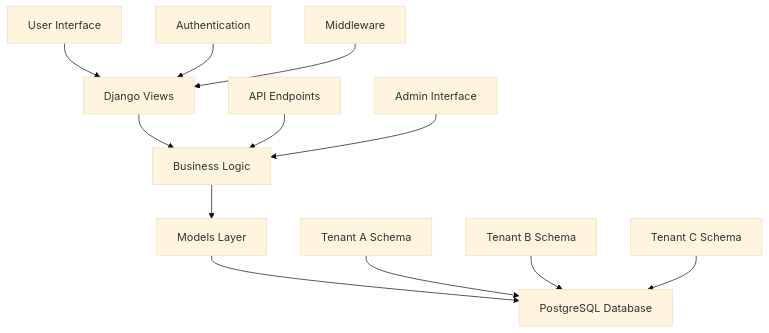
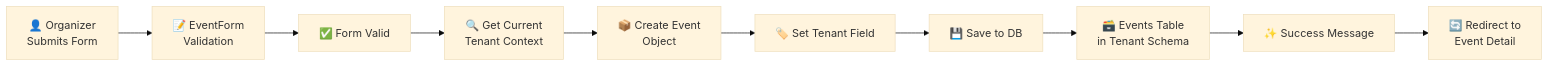
Before and after one commit to Harshavardhanjakku/BookItPro: the third of 8 diagrams in README.md, drawn with Mermaid (base theme). The commit also changed other lines of this file, not shown here.

Commit message:
chore: Complete rewrite of README to production-grade standards with comprehensive architecture, API docs, and diagrams

````diff
--- a/README.md
+++ b/README.md
@@ -109,17 +195,23 @@
 ```mermaid
-graph TB
-    A[User Interface] --> B[Django Views]
-    B --> C[Business Logic]
-    C --> D[Models Layer]
-    D --> E[PostgreSQL Database]
+flowchart LR
+    A["👤 Organizer<br/>Submits Form"]
+    B["📝 EventForm<br/>Validation"]
+    C["✅ Form Valid"]
+    D["🔍 Get Current<br/>Tenant Context"]
+    E["📦 Create Event<br/>Object"]
+    F["🏷️ Set Tenant Field"]
+    G["💾 Save to DB"]
+    H["🗃️ Events Table<br/>in Tenant Schema"]
+    I["✨ Success Message"]
+    J["🔄 Redirect to<br/>Event Detail"]
     
-    F[Tenant A Schema] --> E
-    G[Tenant B Schema] --> E
-    H[Tenant C Schema] --> E
-    
-    I[API Endpoints] --> C
-    J[Admin Interface] --> C
-    
-    K[Authentication] --> B
-    L[Middleware] --> B
+    A --> B
+    B --> C
+    C --> D
+    D --> E
+    E --> F
+    F --> G
+    G --> H
+    H --> I
+    I --> J
 ```
````
